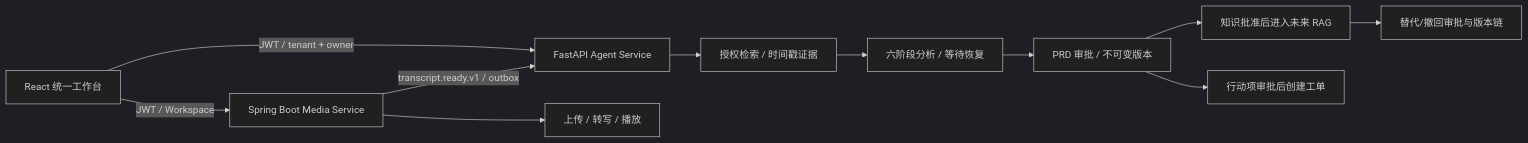
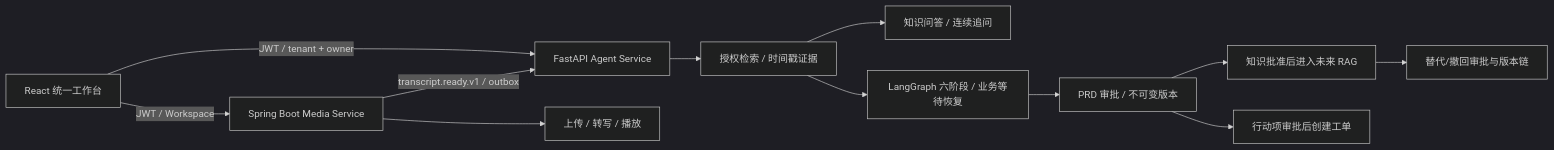
The diagram in README.md (Victorica123/enterprise-insight-platform), drawn with Mermaid (dark theme) before and after one commit. The commit also changed other lines of this file and 20 other files, not shown here.

````diff
--- a/README.md
+++ b/README.md
@@ -13,13 +13,14 @@
 ```mermaid
 flowchart LR
     U[React 统一工作台] -->|JWT / Workspace| M[Spring Boot Media Service]
     U -->|JWT / tenant + owner| A[FastAPI Agent Service]
     M -->|transcript.ready.v1 / outbox| A
     M --> V[上传 / 转写 / 播放]
     A --> R[授权检索 / 时间戳证据]
-    R --> P[六阶段分析 / 等待恢复]
+    R --> Q[知识问答 / 连续追问]
+    R --> P[LangGraph 六阶段 / 业务等待恢复]
     P --> G[PRD 审批 / 不可变版本]
     G --> K[知识批准后进入未来 RAG]
     K --> L[替代/撤回审批与版本链]
     G --> T[行动项审批后创建工单]
 ```
````
